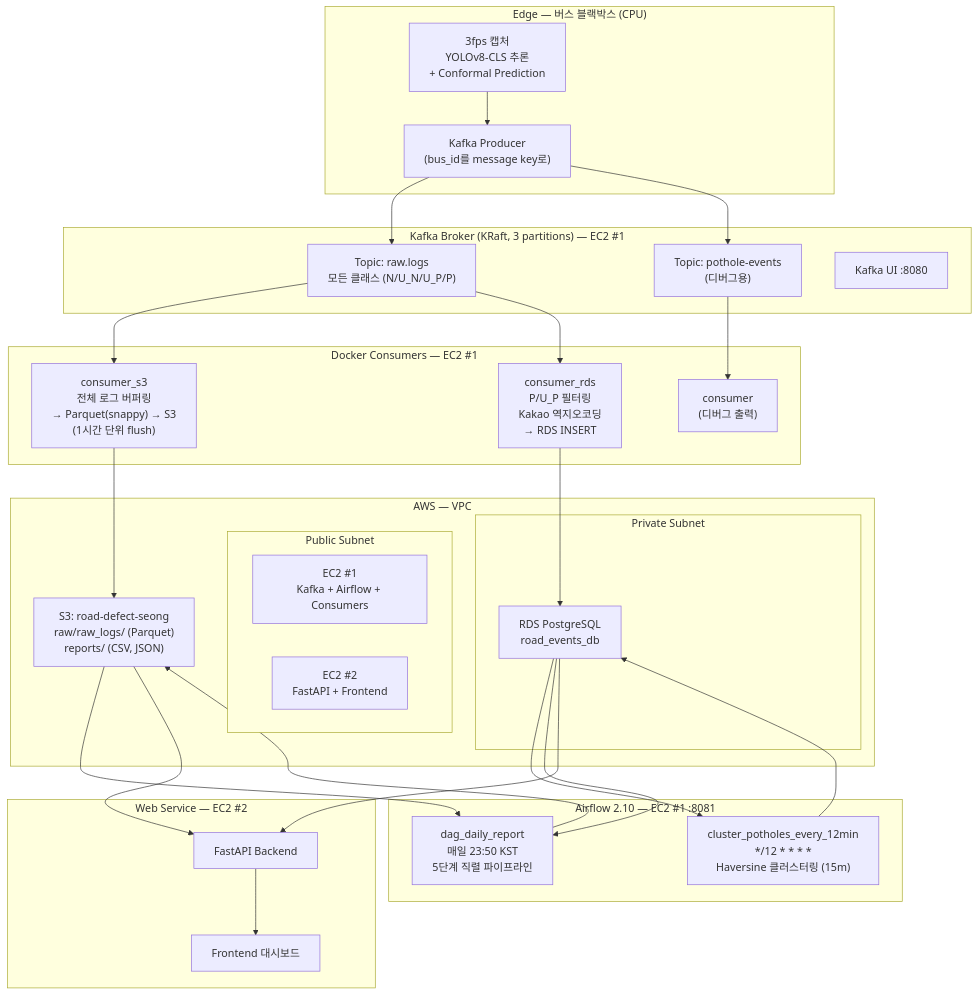
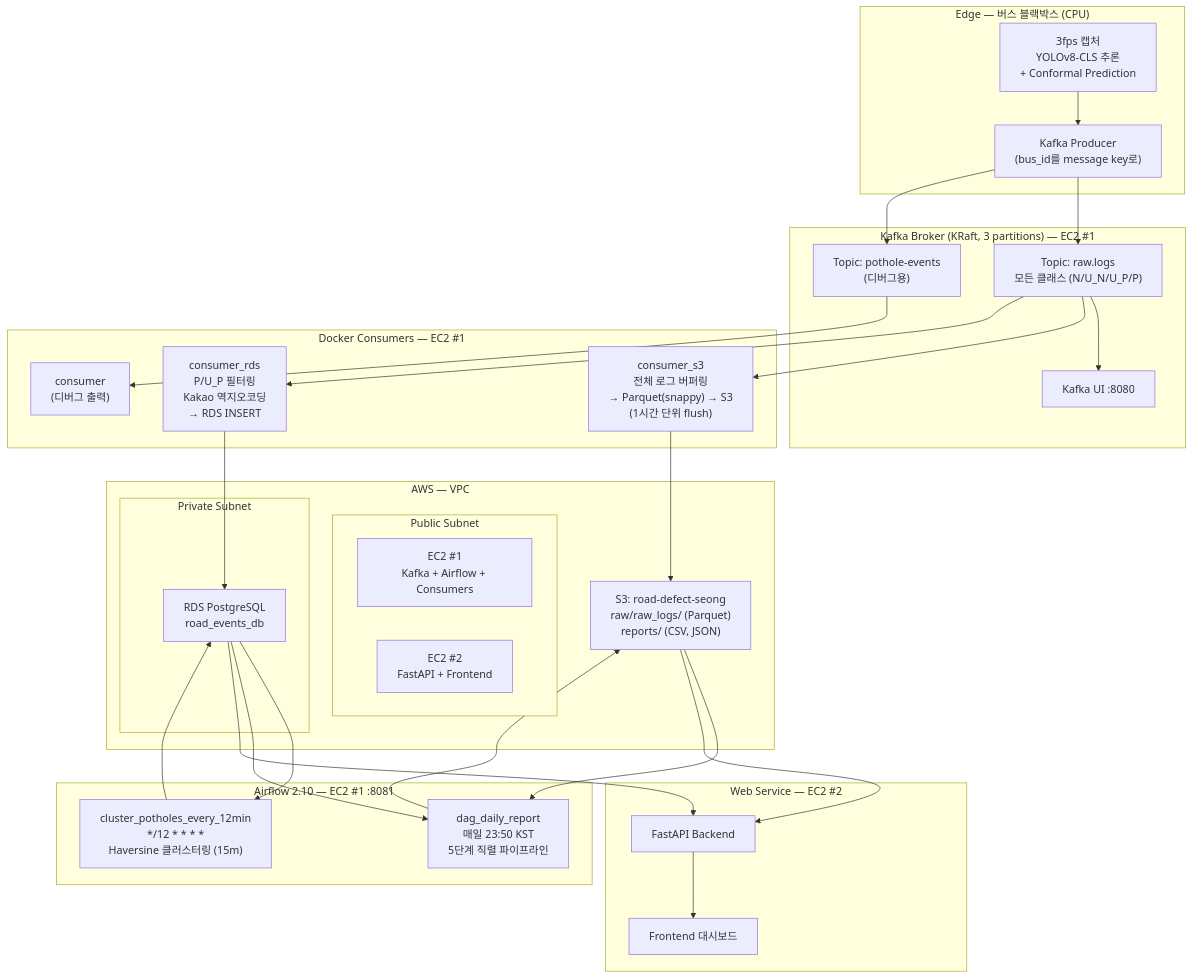
The diagram in README.md (hyochangsung/pothole-airflow-kafka), drawn with Mermaid before and after one commit.

Commit message:
fix: remove isolated Kafka UI node in architecture diagram

````diff
--- a/README.md
+++ b/README.md
@@ -38,55 +38,56 @@
 ```mermaid
 flowchart TD
     subgraph Edge["Edge — 버스 블랙박스 (CPU)"]
         CAM["3fps 캡처\nYOLOv8-CLS 추론\n+ Conformal Prediction"]
         PROD["Kafka Producer\n(bus_id를 message key로)"]
         CAM --> PROD
     end
 
     subgraph Kafka["Kafka Broker (KRaft, 3 partitions) — EC2 #1"]
         T1["Topic: raw.logs\n모든 클래스 (N/U_N/U_P/P)"]
         T2["Topic: pothole-events\n(디버그용)"]
         KUI["Kafka UI :8080"]
         PROD --> T1
         PROD --> T2
+        T1 --> KUI
     end
 
     subgraph Consumers["Docker Consumers — EC2 #1"]
         CS3["consumer_s3\n전체 로그 버퍼링\n→ Parquet(snappy) → S3\n(1시간 단위 flush)"]
         CRDS["consumer_rds\nP/U_P 필터링\nKakao 역지오코딩\n→ RDS INSERT"]
         T1 --> CS3
         T1 --> CRDS
         T2 --> CDBG["consumer\n(디버그 출력)"]
     end
 
     subgraph AWS["AWS — VPC"]
         subgraph Public["Public Subnet"]
             EC1["EC2 #1\nKafka + Airflow + Consumers"]
             EC2["EC2 #2\nFastAPI + Frontend"]
         end
         subgraph Private["Private Subnet"]
             RDS["RDS PostgreSQL\nroad_events_db"]
         end
         S3["S3: road-defect-seong\nraw/raw_logs/ (Parquet)\nreports/ (CSV, JSON)"]
         CS3 --> S3
         CRDS --> RDS
     end
 
     subgraph Airflow["Airflow 2.10 — EC2 #1 :8081"]
         DAG1["cluster_potholes_every_12min\n*/12 * * * *\nHaversine 클러스터링 (15m)"]
         DAG2["dag_daily_report\n매일 23:50 KST\n5단계 직렬 파이프라인"]
         RDS --> DAG1
         DAG1 --> RDS
         S3 --> DAG2
         RDS --> DAG2
         DAG2 --> S3
     end
 
     subgraph Web["Web Service — EC2 #2"]
         API["FastAPI Backend"]
         FE["Frontend 대시보드"]
         RDS --> API
         S3 --> API
         API --> FE
     end
 ```
````
